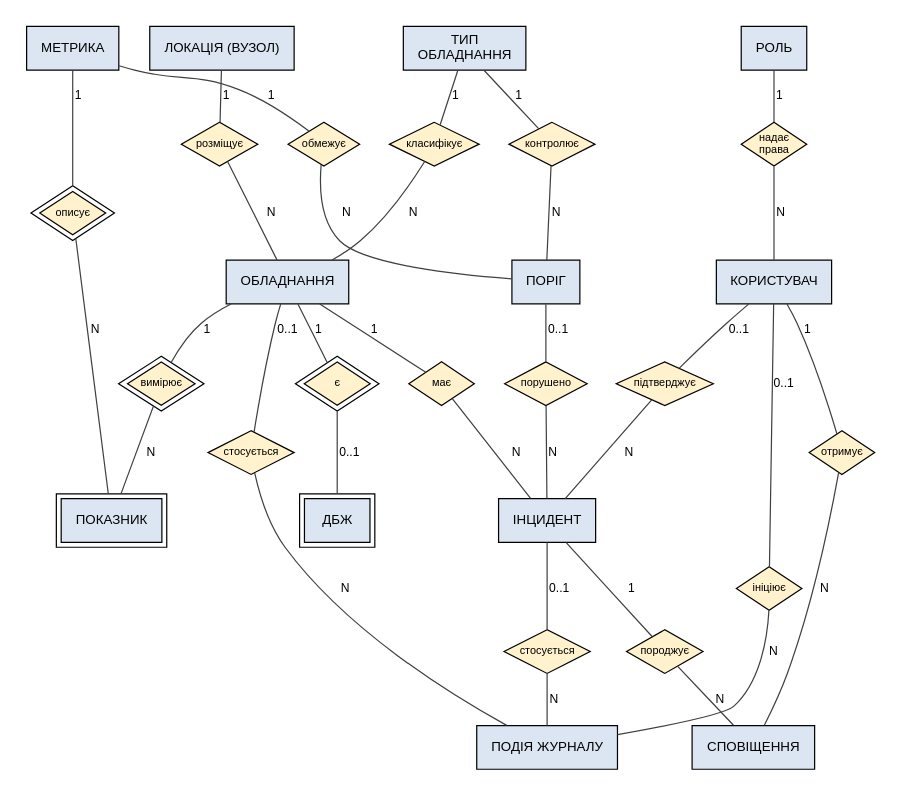
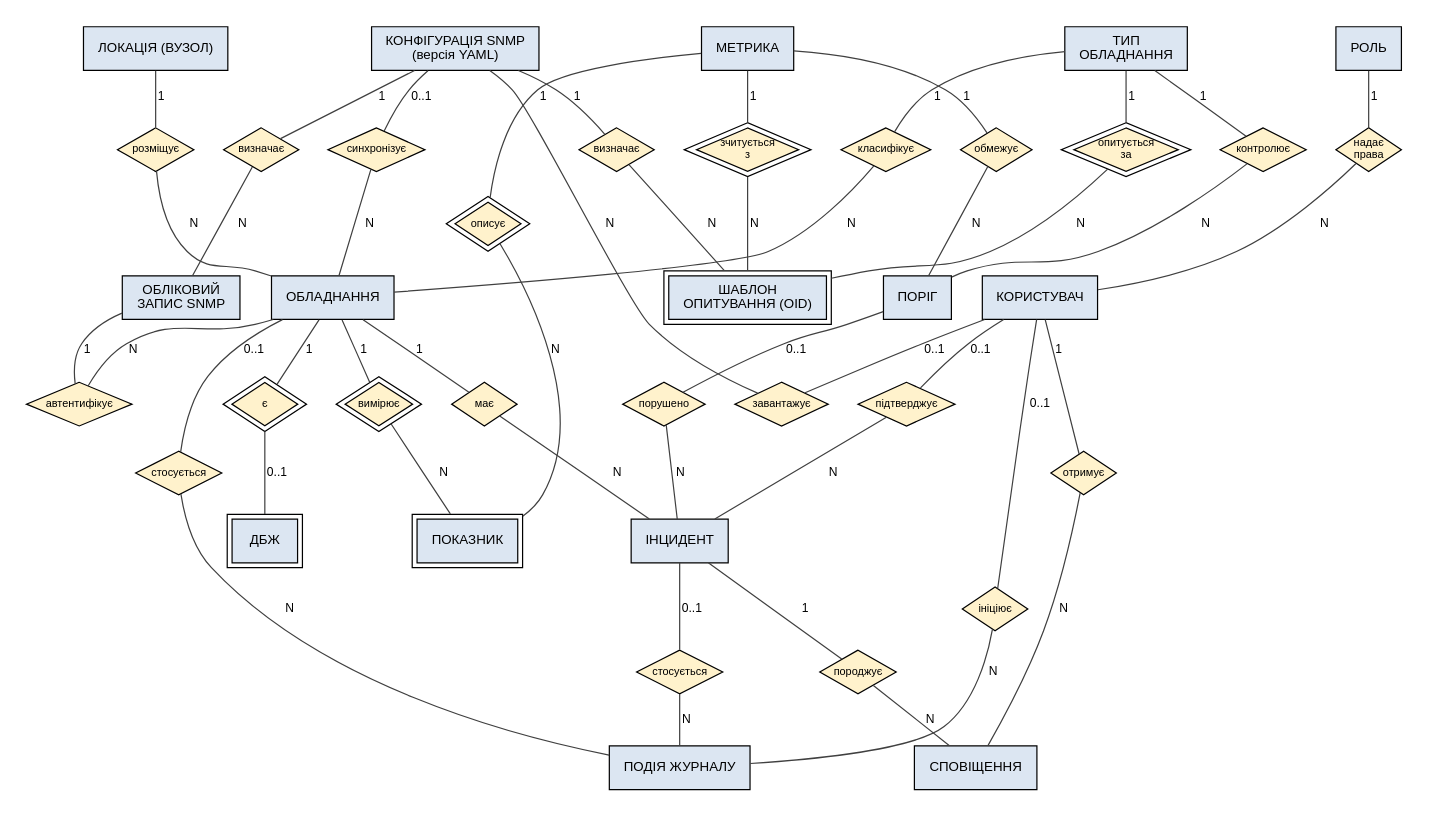
One commit to KrutoiPatsan13/laba1 changed the diagram in docs/diagrams/src/02_conceptual_chen.dot. Above: the diagram before and after it, drawn with Graphviz. The commit also changed 18 other files, not shown here.

First line of the commit message:
Link the DB model to the SNMP YAML config file

```diff
--- a/docs/diagrams/src/02_conceptual_chen.dot
+++ b/docs/diagrams/src/02_conceptual_chen.dot
@@ -1,68 +1,92 @@
 graph Chen {
   graph [layout=dot, rankdir=TB, splines=true, nodesep=0.35, ranksep=0.45, fontname="Liberation Sans", pad=0.2];
   node [fontname="Liberation Sans", fontsize=11];
   edge [fontname="Liberation Sans", fontsize=10, color="#404040"];
   ROLE [shape=box, style=filled, fillcolor="#DCE6F2", peripheries=1, label="РОЛЬ", margin="0.15,0.08"];
   USER [shape=box, style=filled, fillcolor="#DCE6F2", peripheries=1, label="КОРИСТУВАЧ", margin="0.15,0.08"];
   LOC [shape=box, style=filled, fillcolor="#DCE6F2", peripheries=1, label="ЛОКАЦІЯ (ВУЗОЛ)", margin="0.15,0.08"];
   ETYPE [shape=box, style=filled, fillcolor="#DCE6F2", peripheries=1, label="ТИП\nОБЛАДНАННЯ", margin="0.15,0.08"];
   EQ [shape=box, style=filled, fillcolor="#DCE6F2", peripheries=1, label="ОБЛАДНАННЯ", margin="0.15,0.08"];
   UPS [shape=box, style=filled, fillcolor="#DCE6F2", peripheries=2, label="ДБЖ", margin="0.15,0.08"];
   METRIC [shape=box, style=filled, fillcolor="#DCE6F2", peripheries=1, label="МЕТРИКА", margin="0.15,0.08"];
   THR [shape=box, style=filled, fillcolor="#DCE6F2", peripheries=1, label="ПОРІГ", margin="0.15,0.08"];
   READ [shape=box, style=filled, fillcolor="#DCE6F2", peripheries=2, label="ПОКАЗНИК", margin="0.15,0.08"];
   INC [shape=box, style=filled, fillcolor="#DCE6F2", peripheries=1, label="ІНЦИДЕНТ", margin="0.15,0.08"];
   NOTIF [shape=box, style=filled, fillcolor="#DCE6F2", peripheries=1, label="СПОВІЩЕННЯ", margin="0.15,0.08"];
   LOG [shape=box, style=filled, fillcolor="#DCE6F2", peripheries=1, label="ПОДІЯ ЖУРНАЛУ", margin="0.15,0.08"];
+  CFG [shape=box, style=filled, fillcolor="#DCE6F2", peripheries=1, label="КОНФІГУРАЦІЯ SNMP\n(версія YAML)", margin="0.15,0.08"];
+  CRED [shape=box, style=filled, fillcolor="#DCE6F2", peripheries=1, label="ОБЛІКОВИЙ\nЗАПИС SNMP", margin="0.15,0.08"];
+  OIDMAP [shape=box, style=filled, fillcolor="#DCE6F2", peripheries=2, label="ШАБЛОН\nОПИТУВАННЯ (OID)", margin="0.15,0.08"];
   r1 [shape=diamond, style=filled, fillcolor="#FFF2CC", peripheries=1, label="надає\nправа", fontsize=9, margin="0.02,0.02"];
   ROLE -- r1 [taillabel="", headlabel="", label=" 1"];
   r1 -- USER [label=" N"];
   r2 [shape=diamond, style=filled, fillcolor="#FFF2CC", peripheries=1, label="розміщує", fontsize=9, margin="0.02,0.02"];
   LOC -- r2 [taillabel="", headlabel="", label=" 1"];
   r2 -- EQ [label=" N"];
   r3 [shape=diamond, style=filled, fillcolor="#FFF2CC", peripheries=1, label="класифікує", fontsize=9, margin="0.02,0.02"];
   ETYPE -- r3 [taillabel="", headlabel="", label=" 1"];
   r3 -- EQ [label=" N"];
   r4 [shape=diamond, style=filled, fillcolor="#FFF2CC", peripheries=2, label="є", fontsize=9, margin="0.02,0.02"];
   EQ -- r4 [taillabel="", headlabel="", label=" 1"];
   r4 -- UPS [label=" 0..1"];
   r5 [shape=diamond, style=filled, fillcolor="#FFF2CC", peripheries=1, label="контролює", fontsize=9, margin="0.02,0.02"];
   ETYPE -- r5 [taillabel="", headlabel="", label=" 1"];
   r5 -- THR [label=" N"];
   r6 [shape=diamond, style=filled, fillcolor="#FFF2CC", peripheries=1, label="обмежує", fontsize=9, margin="0.02,0.02"];
   METRIC -- r6 [taillabel="", headlabel="", label=" 1"];
   r6 -- THR [label=" N"];
   r7 [shape=diamond, style=filled, fillcolor="#FFF2CC", peripheries=2, label="вимірює", fontsize=9, margin="0.02,0.02"];
   EQ -- r7 [taillabel="", headlabel="", label=" 1"];
   r7 -- READ [label=" N"];
   r8 [shape=diamond, style=filled, fillcolor="#FFF2CC", peripheries=2, label="описує", fontsize=9, margin="0.02,0.02"];
   METRIC -- r8 [taillabel="", headlabel="", label=" 1"];
   r8 -- READ [label=" N"];
   r9 [shape=diamond, style=filled, fillcolor="#FFF2CC", peripheries=1, label="має", fontsize=9, margin="0.02,0.02"];
   EQ -- r9 [taillabel="", headlabel="", label=" 1"];
   r9 -- INC [label=" N"];
   r10 [shape=diamond, style=filled, fillcolor="#FFF2CC", peripheries=1, label="порушено", fontsize=9, margin="0.02,0.02"];
   THR -- r10 [taillabel="", headlabel="", label=" 0..1"];
   r10 -- INC [label=" N"];
   r11 [shape=diamond, style=filled, fillcolor="#FFF2CC", peripheries=1, label="підтверджує", fontsize=9, margin="0.02,0.02"];
   USER -- r11 [taillabel="", headlabel="", label=" 0..1"];
   r11 -- INC [label=" N"];
   r12 [shape=diamond, style=filled, fillcolor="#FFF2CC", peripheries=1, label="породжує", fontsize=9, margin="0.02,0.02"];
   INC -- r12 [taillabel="", headlabel="", label=" 1"];
   r12 -- NOTIF [label=" N"];
   r13 [shape=diamond, style=filled, fillcolor="#FFF2CC", peripheries=1, label="отримує", fontsize=9, margin="0.02,0.02"];
   USER -- r13 [taillabel="", headlabel="", label=" 1"];
   r13 -- NOTIF [label=" N"];
   r15 [shape=diamond, style=filled, fillcolor="#FFF2CC", peripheries=1, label="ініціює", fontsize=9, margin="0.02,0.02"];
   USER -- r15 [taillabel="", headlabel="", label=" 0..1"];
   r15 -- LOG [label=" N"];
   r16 [shape=diamond, style=filled, fillcolor="#FFF2CC", peripheries=1, label="стосується", fontsize=9, margin="0.02,0.02"];
   EQ -- r16 [taillabel="", headlabel="", label=" 0..1"];
   r16 -- LOG [label=" N"];
   r17 [shape=diamond, style=filled, fillcolor="#FFF2CC", peripheries=1, label="стосується", fontsize=9, margin="0.02,0.02"];
   INC -- r17 [taillabel="", headlabel="", label=" 0..1"];
   r17 -- LOG [label=" N"];
-  { rank=same; ROLE; LOC; ETYPE; METRIC; }
-  { rank=same; USER; EQ; }
+  r18 [shape=diamond, style=filled, fillcolor="#FFF2CC", peripheries=1, label="визначає", fontsize=9, margin="0.02,0.02"];
+  CFG -- r18 [taillabel="", headlabel="", label=" 1"];
+  r18 -- CRED [label=" N"];
+  r19 [shape=diamond, style=filled, fillcolor="#FFF2CC", peripheries=1, label="визначає", fontsize=9, margin="0.02,0.02"];
+  CFG -- r19 [taillabel="", headlabel="", label=" 1"];
+  r19 -- OIDMAP [label=" N"];
+  r20 [shape=diamond, style=filled, fillcolor="#FFF2CC", peripheries=1, label="синхронізує", fontsize=9, margin="0.02,0.02"];
+  CFG -- r20 [taillabel="", headlabel="", label=" 0..1"];
+  r20 -- EQ [label=" N"];
+  r21 [shape=diamond, style=filled, fillcolor="#FFF2CC", peripheries=1, label="автентифікує", fontsize=9, margin="0.02,0.02"];
+  CRED -- r21 [taillabel="", headlabel="", label=" 1"];
+  r21 -- EQ [label=" N"];
+  r22 [shape=diamond, style=filled, fillcolor="#FFF2CC", peripheries=2, label="опитується\nза", fontsize=9, margin="0.02,0.02"];
+  ETYPE -- r22 [taillabel="", headlabel="", label=" 1"];
+  r22 -- OIDMAP [label=" N"];
+  r23 [shape=diamond, style=filled, fillcolor="#FFF2CC", peripheries=2, label="зчитується\nз", fontsize=9, margin="0.02,0.02"];
+  METRIC -- r23 [taillabel="", headlabel="", label=" 1"];
+  r23 -- OIDMAP [label=" N"];
+  r24 [shape=diamond, style=filled, fillcolor="#FFF2CC", peripheries=1, label="завантажує", fontsize=9, margin="0.02,0.02"];
+  USER -- r24 [taillabel="", headlabel="", label=" 0..1"];
+  r24 -- CFG [label=" N"];
+  { rank=same; ROLE; LOC; ETYPE; METRIC; CFG; }
+  { rank=same; USER; EQ; CRED; }
   { rank=same; NOTIF; LOG; }
 }
```
